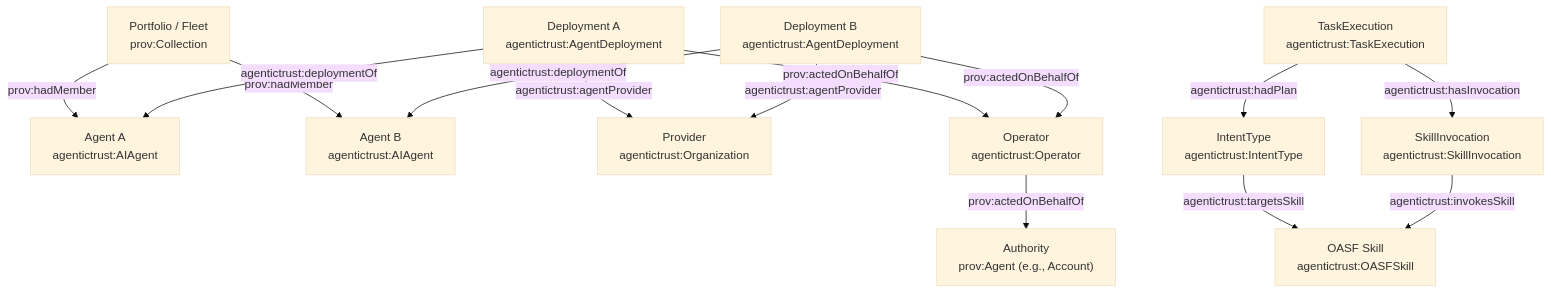
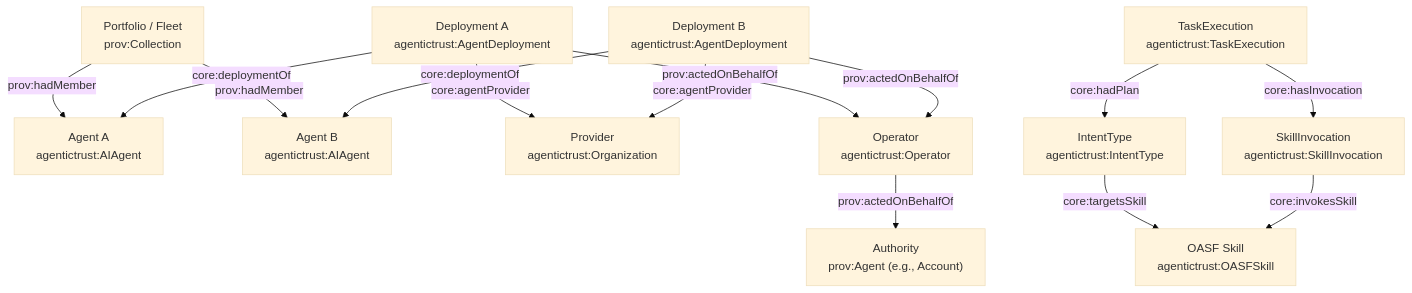
One commit to Agentic-Trust-Layer/agent-explorer changed the diagram in docs/ontology/google-agentspace.md. Above: the diagram before and after it, drawn with Mermaid (base theme). The commit also changed other lines of this file and 49 other files, not shown here.

````diff
--- a/docs/ontology/google-agentspace.md
+++ b/docs/ontology/google-agentspace.md
@@ -49,34 +49,34 @@
 ```mermaid
 graph TB
   Portfolio["Portfolio / Fleet\nprov:Collection"]
   AgentA["Agent A\nagentictrust:AIAgent"]
   AgentB["Agent B\nagentictrust:AIAgent"]
 
   DeployA["Deployment A\nagentictrust:AgentDeployment"]
   DeployB["Deployment B\nagentictrust:AgentDeployment"]
   Provider["Provider\nagentictrust:Organization"]
   Operator["Operator\nagentictrust:Operator"]
   Authority["Authority\nprov:Agent (e.g., Account)"]
 
   IntentType["IntentType\nagentictrust:IntentType"]
   Skill["OASF Skill\nagentictrust:OASFSkill"]
   Exec["TaskExecution\nagentictrust:TaskExecution"]
   Invoke["SkillInvocation\nagentictrust:SkillInvocation"]
 
   Portfolio -->|prov:hadMember| AgentA
   Portfolio -->|prov:hadMember| AgentB
 
-  DeployA -->|agentictrust:deploymentOf| AgentA
-  DeployB -->|agentictrust:deploymentOf| AgentB
-  DeployA -->|agentictrust:agentProvider| Provider
-  DeployB -->|agentictrust:agentProvider| Provider
+  DeployA -->|core:deploymentOf| AgentA
+  DeployB -->|core:deploymentOf| AgentB
+  DeployA -->|core:agentProvider| Provider
+  DeployB -->|core:agentProvider| Provider
 
   Operator -->|prov:actedOnBehalfOf| Authority
   DeployA -->|prov:actedOnBehalfOf| Operator
   DeployB -->|prov:actedOnBehalfOf| Operator
 
-  IntentType -->|agentictrust:targetsSkill| Skill
-  Exec -->|agentictrust:hadPlan| IntentType
-  Exec -->|agentictrust:hasInvocation| Invoke
-  Invoke -->|agentictrust:invokesSkill| Skill
+  IntentType -->|core:targetsSkill| Skill
+  Exec -->|core:hadPlan| IntentType
+  Exec -->|core:hasInvocation| Invoke
+  Invoke -->|core:invokesSkill| Skill
 ```
````
